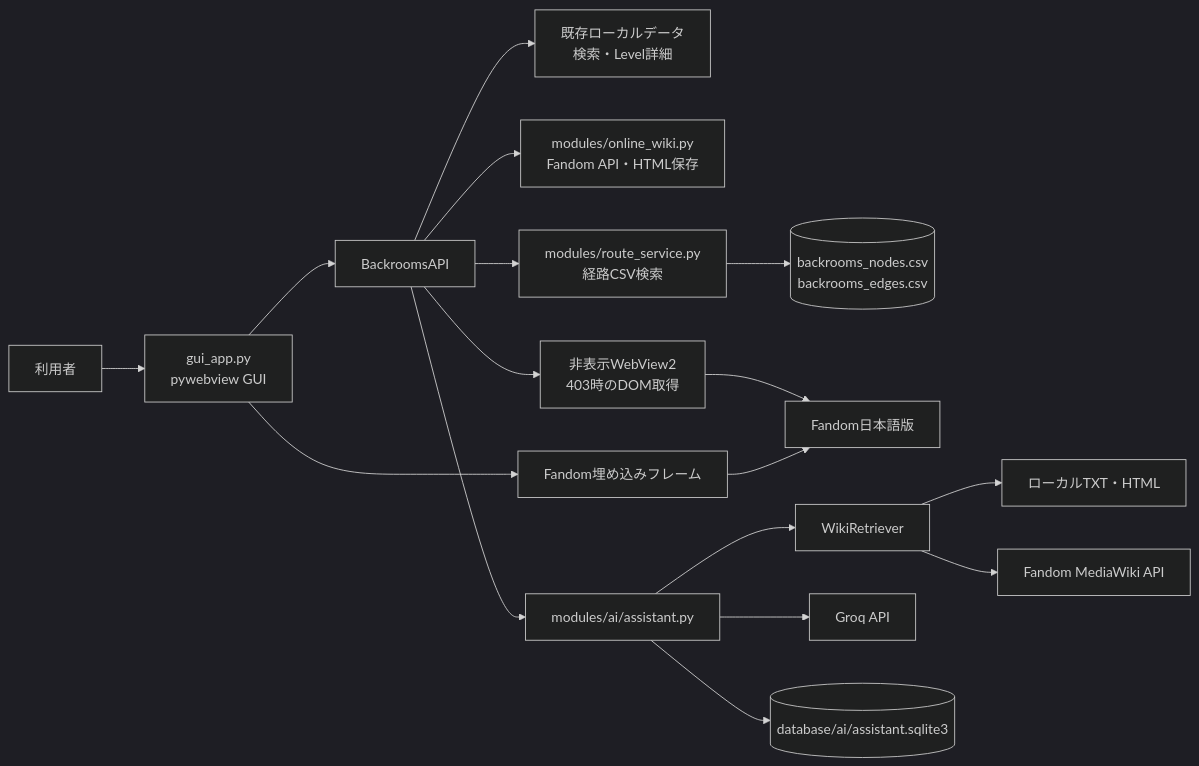
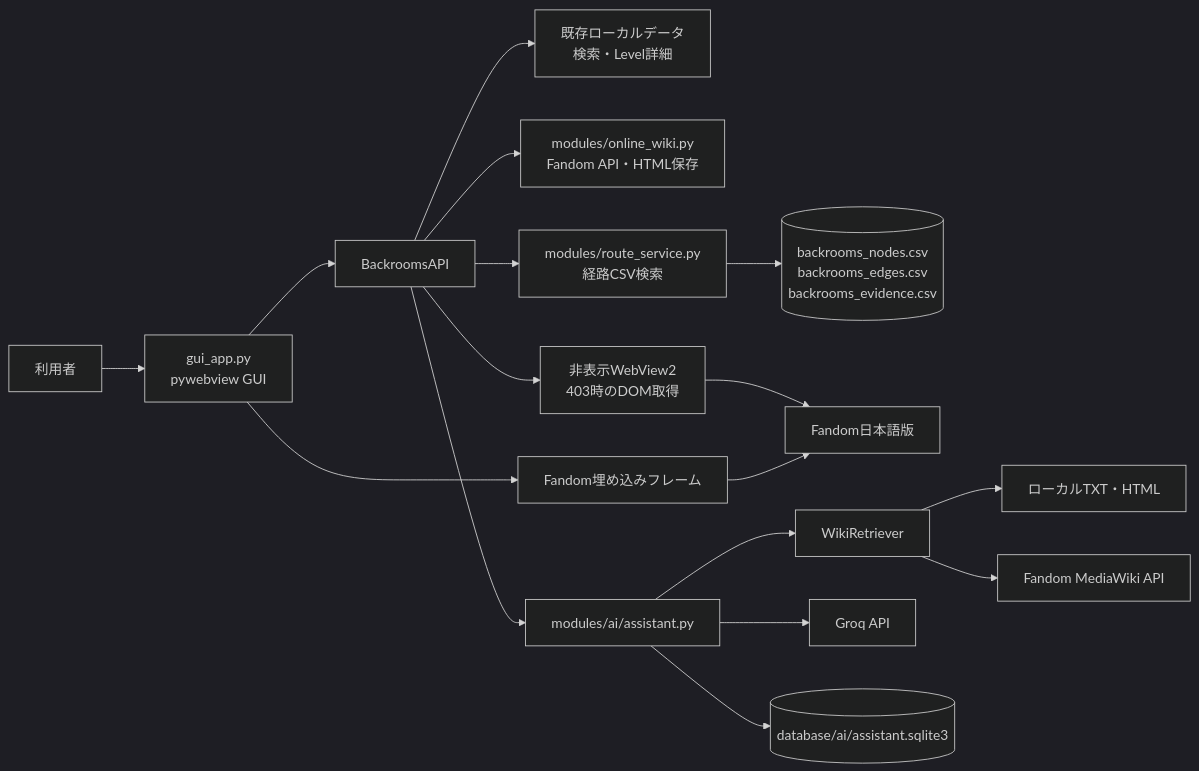
One commit to Suigetsu-Lium/BrNavi-FandomJP-GUI changed the first of 3 diagrams in docs/architecture.md. Above: the diagram before and after it, drawn with Mermaid (dark theme). The commit also changed other lines of this file and 15 other files, not shown here.

Commit message:
fix(route): unify route CSV schema to 3-file format and update search filters (BUG-ROUTE-001)

````diff
--- a/docs/architecture.md
+++ b/docs/architecture.md
@@ -40,19 +40,19 @@
 ```mermaid
 flowchart LR
     User[利用者] --> UI[gui_app.py<br/>pywebview GUI]
     UI --> Bridge[BackroomsAPI]
     Bridge --> Local[既存ローカルデータ<br/>検索・Level詳細]
     Bridge --> Wiki[modules/online_wiki.py<br/>Fandom API・HTML保存]
     Bridge --> Route[modules/route_service.py<br/>経路CSV検索]
-    Route --> RouteCSV[(backrooms_nodes.csv<br/>backrooms_edges.csv)]
+    Route --> RouteCSV[(backrooms_nodes.csv<br/>backrooms_edges.csv<br/>backrooms_evidence.csv)]
     UI --> Frame[Fandom埋め込みフレーム]
     Frame --> Fandom[Fandom日本語版]
     Bridge --> HiddenWebView[非表示WebView2<br/>403時のDOM取得]
     HiddenWebView --> Fandom
     Bridge --> AI[modules/ai/assistant.py]
     AI --> Retriever[WikiRetriever]
     Retriever --> LocalWiki[ローカルTXT・HTML]
     Retriever --> FandomAPI[Fandom MediaWiki API]
     AI --> Groq[Groq API]
     AI --> SQLite[(database/ai/assistant.sqlite3)]
 ```
````
